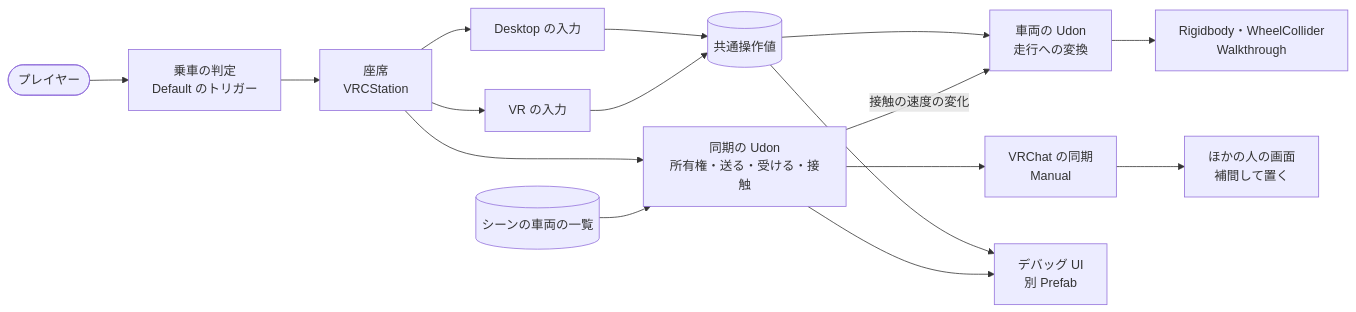
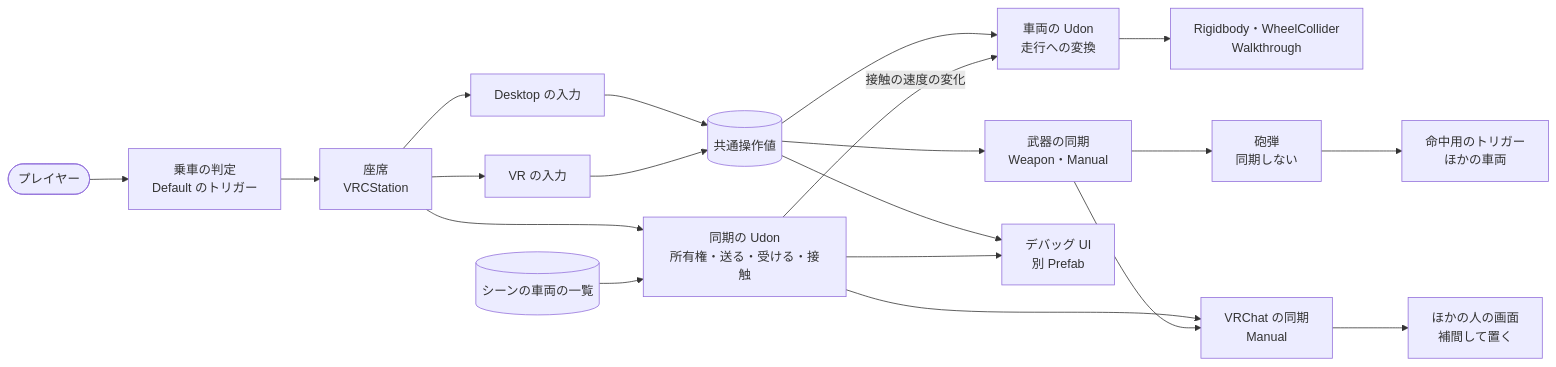
One commit to yakimannzyuu/YakimaTank changed the second of 8 diagrams in Docs/03_Architecture/architecture.md. Above: the diagram before and after it, drawn with Mermaid. The commit also changed other lines of this file and 9 other files, not shown here.

````diff
--- a/Docs/03_Architecture/architecture.md
+++ b/Docs/03_Architecture/architecture.md
@@ -35,18 +35,22 @@
 ```mermaid
 flowchart LR
   player([プレイヤー]) --> boarding[乗車の判定<br/>Default のトリガー]
   boarding --> seat[座席<br/>VRCStation]
   seat --> desktop[Desktop の入力]
   seat --> vr[VR の入力]
   desktop --> control[(共通操作値)]
   vr --> control
   control --> vehicle[車両の Udon<br/>走行への変換]
   seat --> sync[同期の Udon<br/>所有権・送る・受ける・接触]
   sync -->|接触の速度の変化| vehicle
   vehicle --> physics[Rigidbody・WheelCollider<br/>Walkthrough]
   sync --> net[VRChat の同期<br/>Manual]
   net --> remote[ほかの人の画面<br/>補間して置く]
   registry[(シーンの車両の一覧)] --> sync
+  control --> weapon[武器の同期<br/>Weapon・Manual]
+  weapon --> shell[砲弾<br/>同期しない]
+  shell --> hitbox[命中用のトリガー<br/>ほかの車両]
+  weapon --> net
   control --> panel[デバッグ UI<br/>別 Prefab]
   sync --> panel
 ```
````
